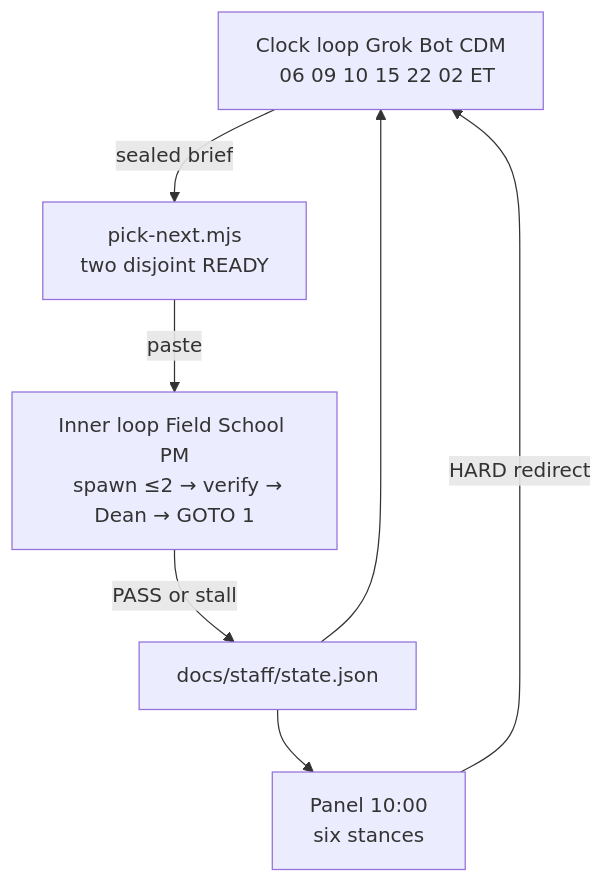
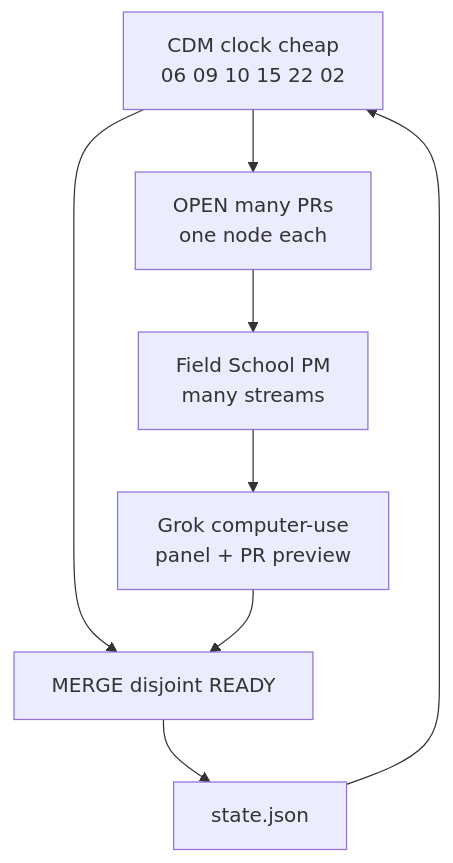
The diagram in docs/staff/LOOP.md (bjljohnson2012/field-school), drawn with Mermaid before and after one commit. The commit also changed other lines of this file, not shown here.

Commit message:
LOOP: open many PRs, merge by graph, Grok spends tokens on computer-use.

````diff
--- a/docs/staff/LOOP.md
+++ b/docs/staff/LOOP.md
@@ -21,19 +32,21 @@
 ```mermaid
 flowchart TD
-  CLOCK[Clock loop Grok Bot CDM
-  06 09 10 15 22 02 ET]
-  PANEL[Panel 10:00
-  six stances]
-  PICK[pick-next.mjs
-  two disjoint READY]
-  INNER[Inner loop Field School PM
-  spawn ≤2 → verify → Dean → GOTO 1]
-  STATE[docs/staff/state.json]
+  CLOCK[CDM clock cheap
+  06 09 10 15 22 02]
+  OPEN[OPEN many PRs
+  one node each]
+  MERGE[MERGE disjoint READY]
+  TEST[Grok computer-use
+  panel + PR preview]
+  INNER[Field School PM
+  many streams]
+  STATE[state.json]
 
-  CLOCK -->|sealed brief| PICK
-  PANEL -->|HARD redirect| CLOCK
-  PICK -->|paste| INNER
-  INNER -->|PASS or stall| STATE
+  CLOCK --> OPEN
+  CLOCK --> MERGE
+  OPEN --> INNER
+  INNER --> TEST
+  TEST --> MERGE
+  MERGE --> STATE
   STATE --> CLOCK
-  STATE --> PANEL
 ```
````
